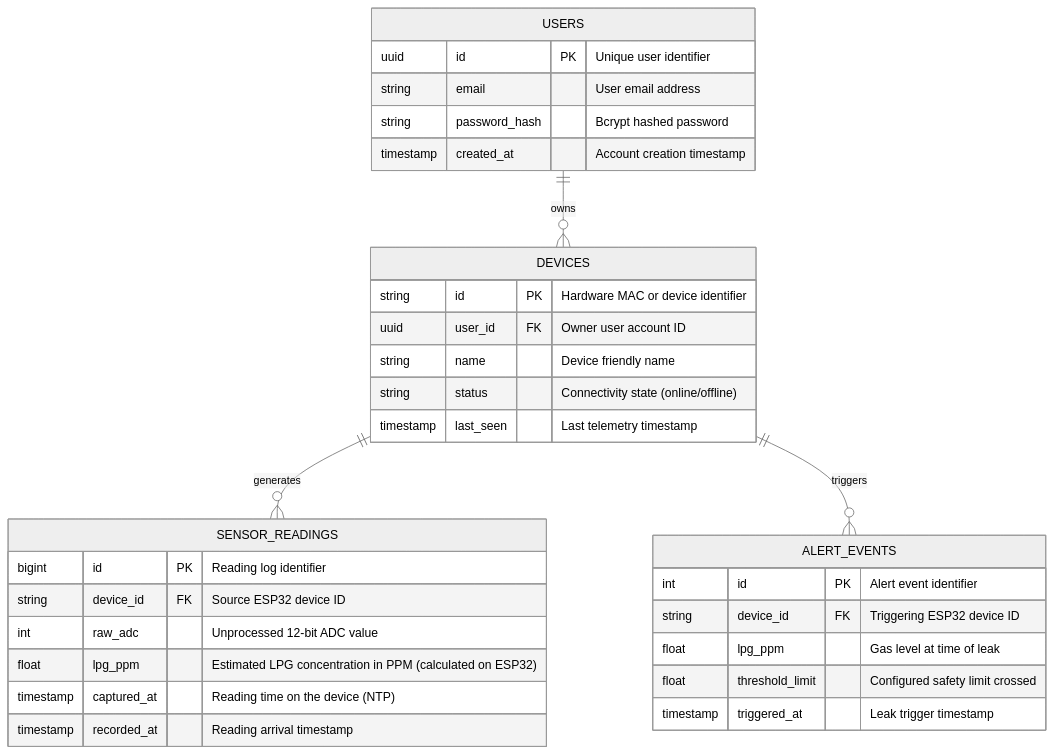
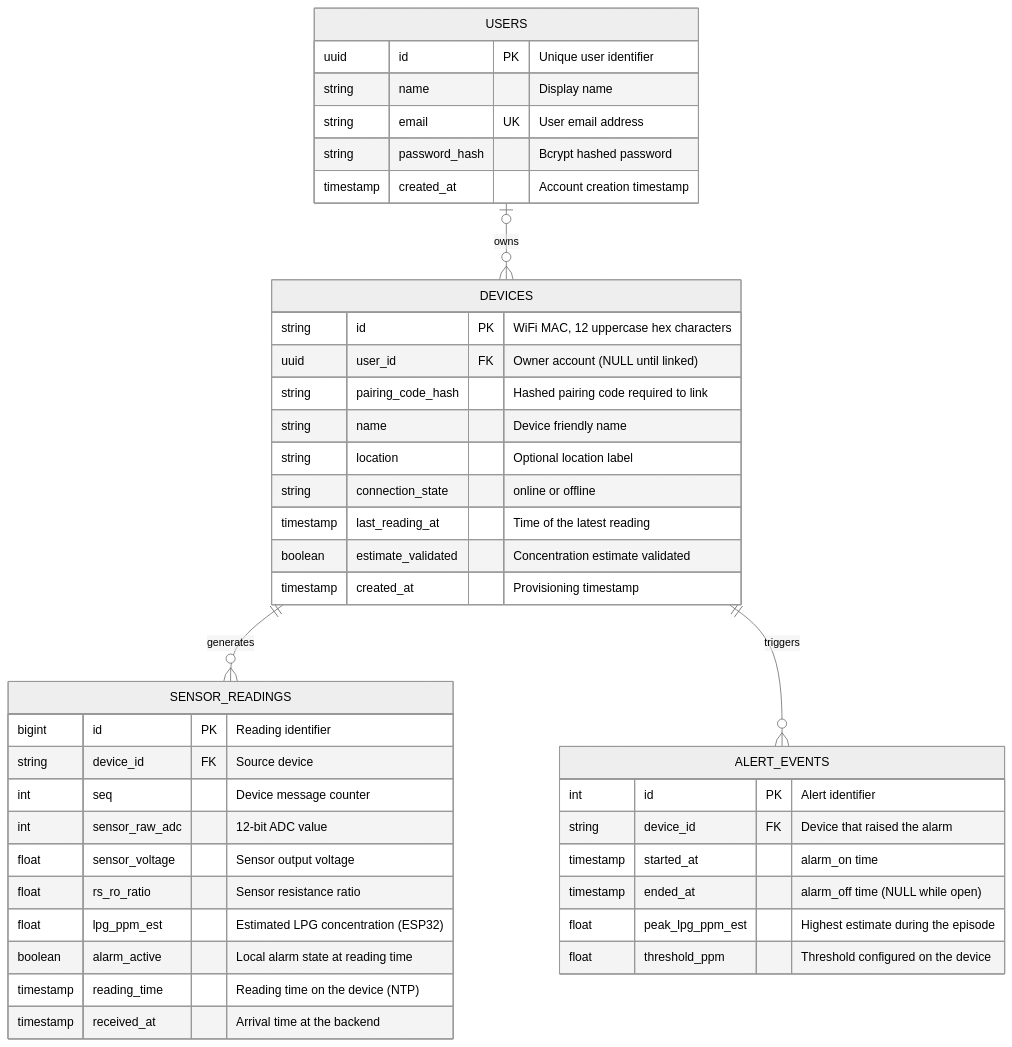
One commit to abdularhman2341/air-quality-monitoring-system changed the diagram in docs/stage-3-ER-Diagram.md. Above: the diagram before and after it, drawn with Mermaid (neutral theme). The commit also changed 14 other files, not shown here.

Commit message:
Align Stage 3 docs and diagrams with API specification

````diff
--- a/docs/stage-3-ER-Diagram.md
+++ b/docs/stage-3-ER-Diagram.md
@@ -1,38 +1,48 @@
 ```mermaid
 erDiagram
-    USERS ||--o{ DEVICES : "owns"
+    USERS |o--o{ DEVICES : "owns"
     DEVICES ||--o{ SENSOR_READINGS : "generates"
     DEVICES ||--o{ ALERT_EVENTS : "triggers"
 
     USERS {
         uuid id PK "Unique user identifier"
-        string email "User email address"
+        string name "Display name"
+        string email UK "User email address"
         string password_hash "Bcrypt hashed password"
         timestamp created_at "Account creation timestamp"
     }
 
     DEVICES {
-        string id PK "Hardware MAC or device identifier"
-        uuid user_id FK "Owner user account ID"
+        string id PK "WiFi MAC, 12 uppercase hex characters"
+        uuid user_id FK "Owner account (NULL until linked)"
+        string pairing_code_hash "Hashed pairing code required to link"
         string name "Device friendly name"
-        string status "Connectivity state (online/offline)"
-        timestamp last_seen "Last telemetry timestamp"
+        string location "Optional location label"
+        string connection_state "online or offline"
+        timestamp last_reading_at "Time of the latest reading"
+        boolean estimate_validated "Concentration estimate validated"
+        timestamp created_at "Provisioning timestamp"
     }
 
     SENSOR_READINGS {
-        bigint id PK "Reading log identifier"
-        string device_id FK "Source ESP32 device ID"
-        int raw_adc "Unprocessed 12-bit ADC value"
-        float lpg_ppm "Estimated LPG concentration in PPM (calculated on ESP32)"
-        timestamp captured_at "Reading time on the device (NTP)"
-        timestamp recorded_at "Reading arrival timestamp"
+        bigint id PK "Reading identifier"
+        string device_id FK "Source device"
+        int seq "Device message counter"
+        int sensor_raw_adc "12-bit ADC value"
+        float sensor_voltage "Sensor output voltage"
+        float rs_ro_ratio "Sensor resistance ratio"
+        float lpg_ppm_est "Estimated LPG concentration (ESP32)"
+        boolean alarm_active "Local alarm state at reading time"
+        timestamp reading_time "Reading time on the device (NTP)"
+        timestamp received_at "Arrival time at the backend"
     }
 
     ALERT_EVENTS {
-        int id PK "Alert event identifier"
-        string device_id FK "Triggering ESP32 device ID"
-        float lpg_ppm "Gas level at time of leak"
-        float threshold_limit "Configured safety limit crossed"
-        timestamp triggered_at "Leak trigger timestamp"
+        int id PK "Alert identifier"
+        string device_id FK "Device that raised the alarm"
+        timestamp started_at "alarm_on time"
+        timestamp ended_at "alarm_off time (NULL while open)"
+        float peak_lpg_ppm_est "Highest estimate during the episode"
+        float threshold_ppm "Threshold configured on the device"
     }
 ```
````
